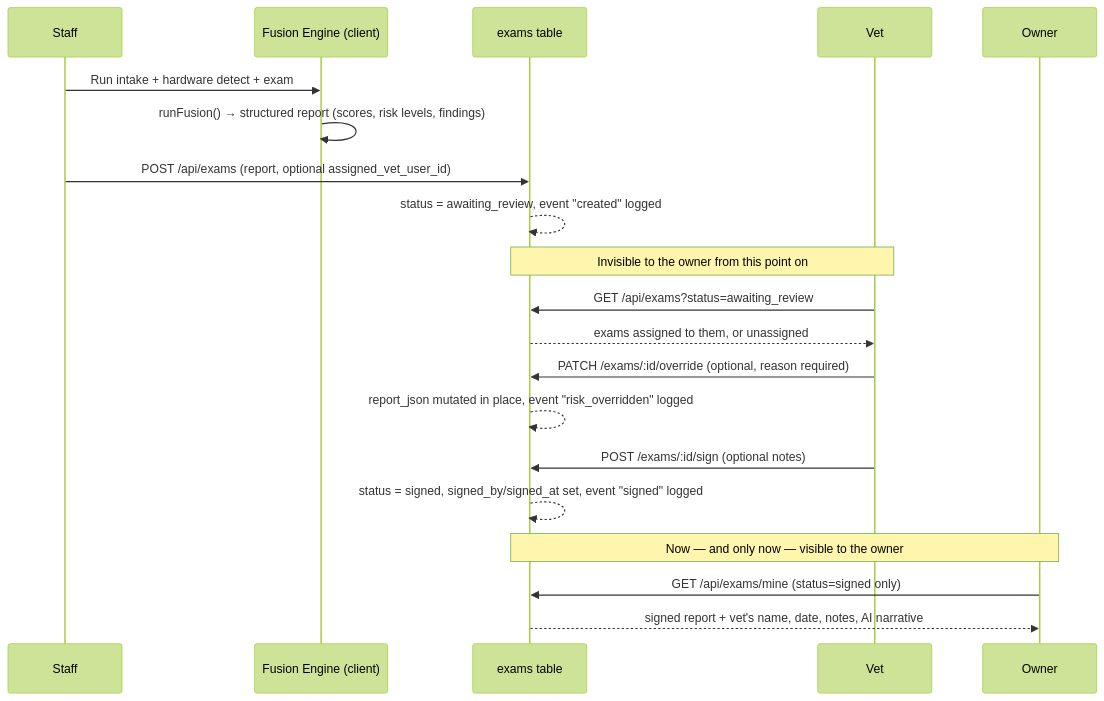
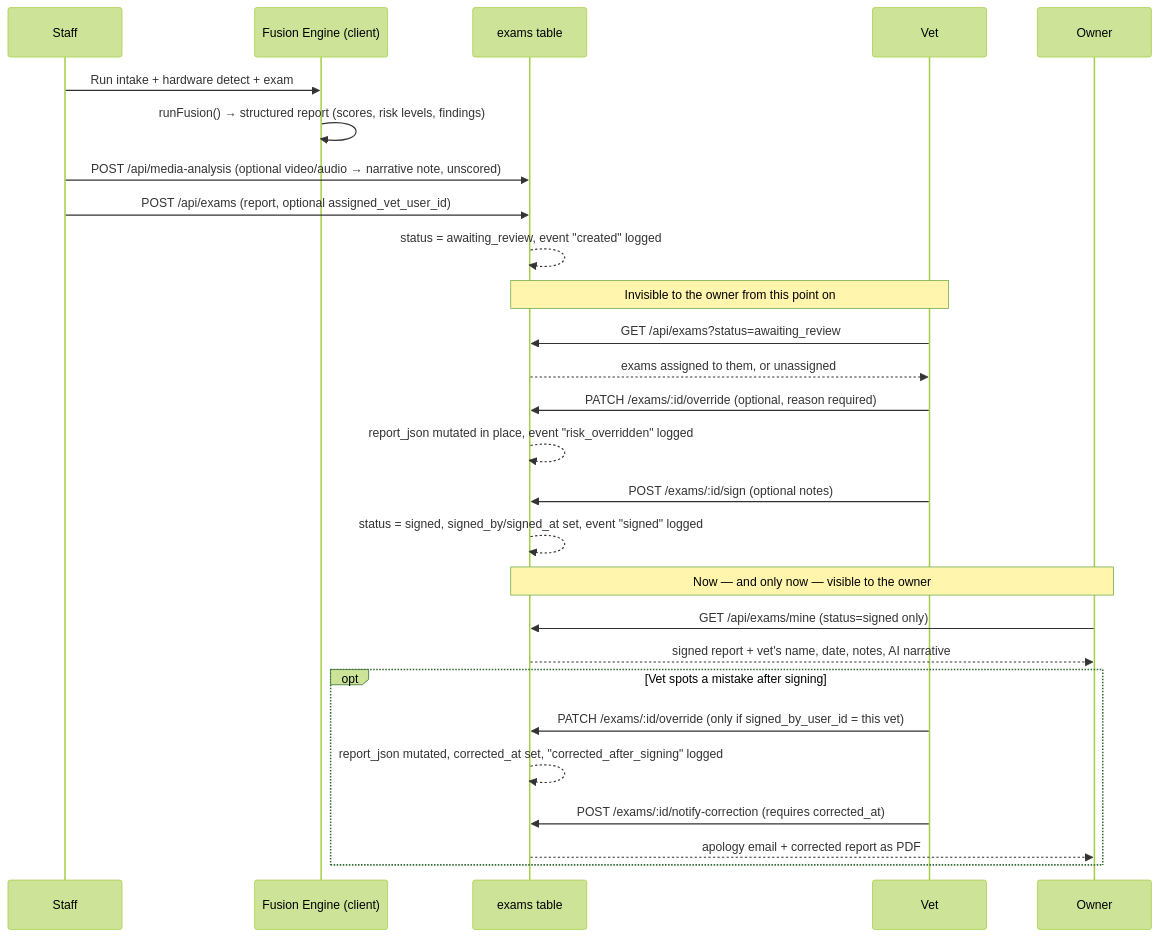
Before and after one commit to sanskar-sketch/vet-device-sandbox: the diagram in ROLES_AND_REPORT_FLOW.md, drawn with Mermaid (forest theme). The commit also changed other lines of this file and 24 other files, not shown here.

````diff
--- a/ROLES_AND_REPORT_FLOW.md
+++ b/ROLES_AND_REPORT_FLOW.md
@@ -84,25 +113,33 @@
 ```mermaid
 sequenceDiagram
     participant S as Staff
     participant Sys as Fusion Engine (client)
     participant DB as exams table
     participant V as Vet
     participant O as Owner
 
     S->>Sys: Run intake + hardware detect + exam
     Sys->>Sys: runFusion() → structured report (scores, risk levels, findings)
+    S->>DB: POST /api/media-analysis (optional video/audio → narrative note, unscored)
     S->>DB: POST /api/exams (report, optional assigned_vet_user_id)
     DB-->>DB: status = awaiting_review, event "created" logged
     Note over DB,V: Invisible to the owner from this point on
 
     V->>DB: GET /api/exams?status=awaiting_review
     DB-->>V: exams assigned to them, or unassigned
     V->>DB: PATCH /exams/:id/override (optional, reason required)
     DB-->>DB: report_json mutated in place, event "risk_overridden" logged
     V->>DB: POST /exams/:id/sign (optional notes)
     DB-->>DB: status = signed, signed_by/signed_at set, event "signed" logged
     Note over DB,O: Now — and only now — visible to the owner
 
     O->>DB: GET /api/exams/mine (status=signed only)
     DB-->>O: signed report + vet's name, date, notes, AI narrative
+
+    opt Vet spots a mistake after signing
+        V->>DB: PATCH /exams/:id/override (only if signed_by_user_id = this vet)
+        DB-->>DB: report_json mutated, corrected_at set, "corrected_after_signing" logged
+        V->>DB: POST /exams/:id/notify-correction (requires corrected_at)
+        DB-->>O: apology email + corrected report as PDF
+    end
 ```
````
